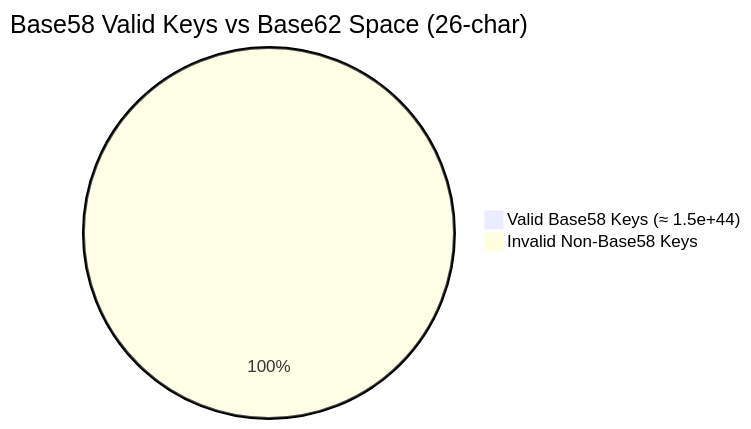
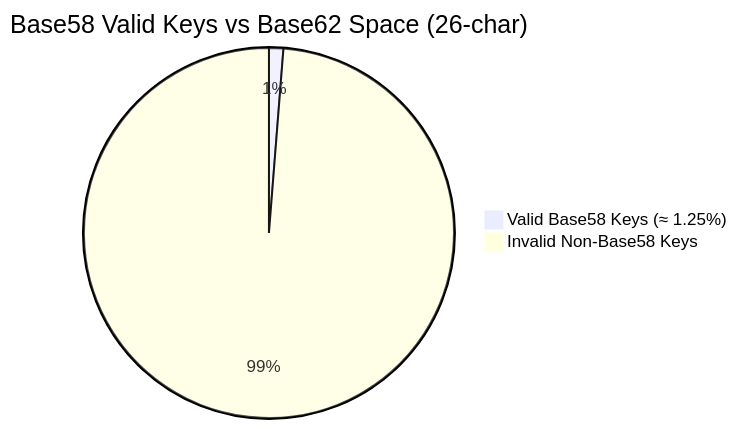
The third of 4 diagrams in README.md (Shubsaini08/casamylove), drawn with Mermaid before and after one commit. The commit also changed other lines of this file, not shown here.

````diff
--- a/README.md
+++ b/README.md
@@ -1722,6 +1721,6 @@
 ```mermaid
 pie
     title Base58 Valid Keys vs Base62 Space (26-char)
-    "Valid Base58 Keys (≈ 1.5e+44)": 15
-    "Invalid Non-Base58 Keys": 1199985
+    "Valid Base58 Keys (≈ 1.25%)": 1.25
+    "Invalid Non-Base58 Keys": 98.75
 ```
````
